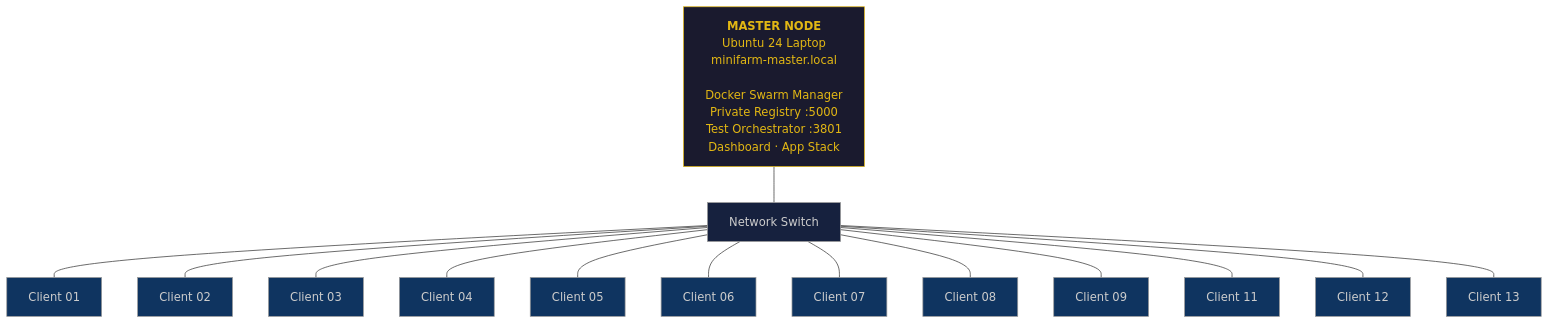
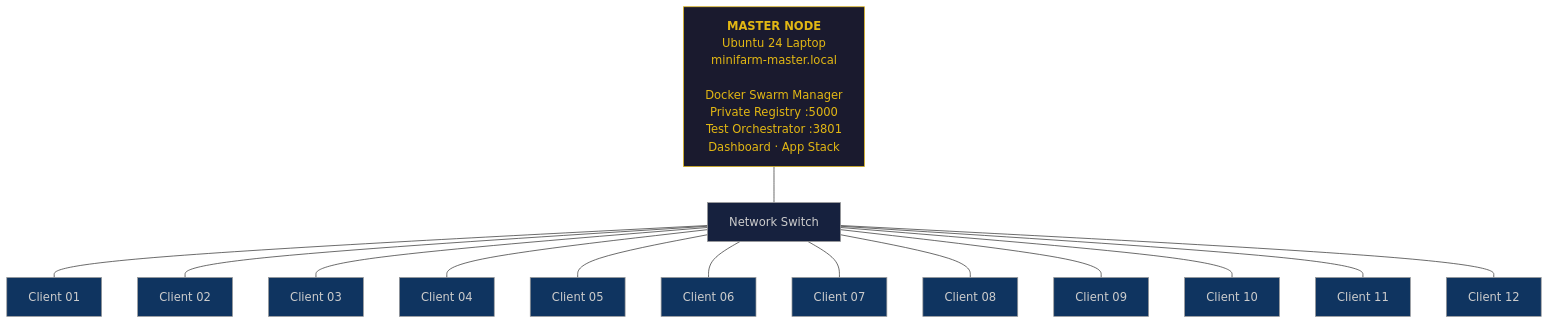
Before and after one commit to cymmGithub/minifarm: the first of 2 diagrams in README.md, drawn with Mermaid. The commit also changed 2 other files, not shown here.

Commit message:
Normalize client numbering to 1-12

````diff
--- a/README.md
+++ b/README.md
@@ -23,23 +23,23 @@
 ```mermaid
 graph TD
     Master["<b>MASTER NODE</b><br/>Ubuntu 24 Laptop<br/>minifarm-master.local<br/><br/>Docker Swarm Manager<br/>Private Registry :5000<br/>Test Orchestrator :3801<br/>Dashboard · App Stack"]
     Switch[Network Switch]
     Master --- Switch
     Switch --- C01[Client 01] & C02[Client 02] & C03[Client 03] & C04[Client 04] & C05[Client 05] & C06[Client 06]
-    Switch --- C07[Client 07] & C08[Client 08] & C09[Client 09] & C11[Client 11] & C12[Client 12] & C13[Client 13]
+    Switch --- C07[Client 07] & C08[Client 08] & C09[Client 09] & C10[Client 10] & C11[Client 11] & C12[Client 12]
 
     style Master fill:#1a1a2e,stroke:#e2b714,color:#e2b714
     style Switch fill:#16213e,stroke:#999,color:#ccc
     style C01 fill:#0f3460,stroke:#999,color:#ccc
     style C02 fill:#0f3460,stroke:#999,color:#ccc
     style C03 fill:#0f3460,stroke:#999,color:#ccc
     style C04 fill:#0f3460,stroke:#999,color:#ccc
     style C05 fill:#0f3460,stroke:#999,color:#ccc
     style C06 fill:#0f3460,stroke:#999,color:#ccc
     style C07 fill:#0f3460,stroke:#999,color:#ccc
     style C08 fill:#0f3460,stroke:#999,color:#ccc
     style C09 fill:#0f3460,stroke:#999,color:#ccc
+    style C10 fill:#0f3460,stroke:#999,color:#ccc
     style C11 fill:#0f3460,stroke:#999,color:#ccc
     style C12 fill:#0f3460,stroke:#999,color:#ccc
-    style C13 fill:#0f3460,stroke:#999,color:#ccc
 ```
````
